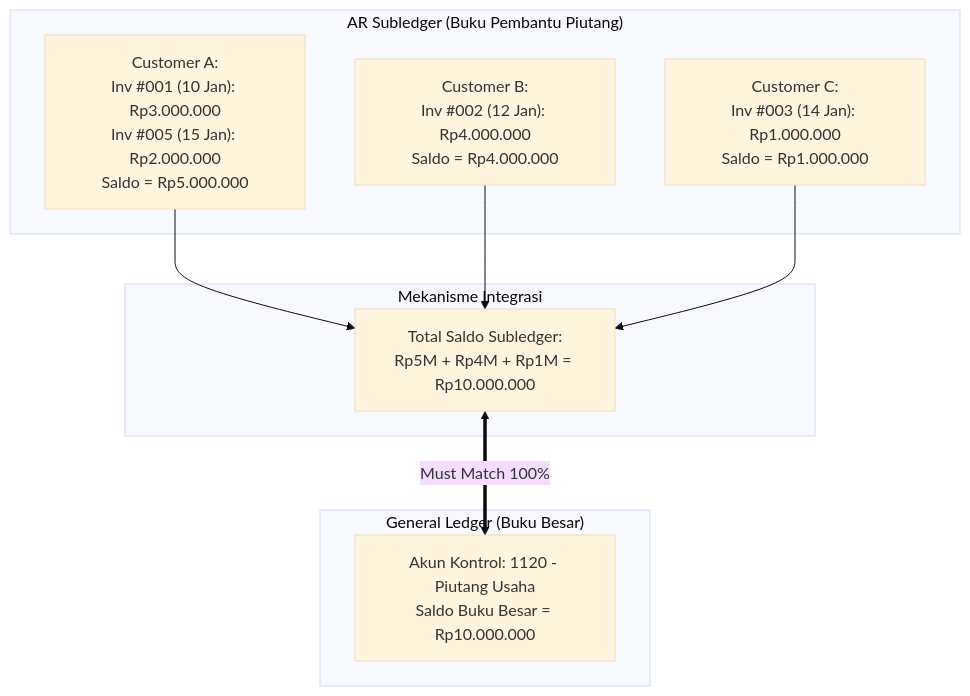
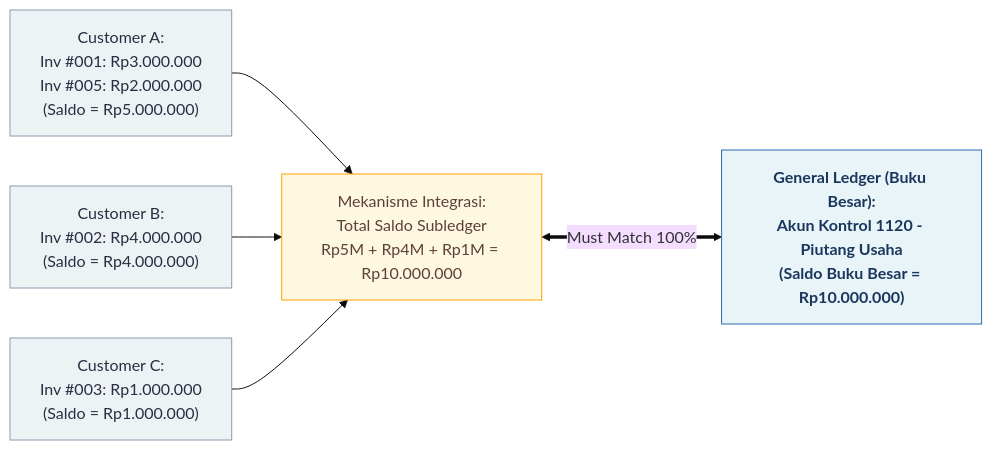
One commit to alimurrofid/erp-notes changed the diagram in content/02-accounting/general-ledger-and-subledger.md. Above: the diagram before and after it, drawn with Mermaid (base theme). The commit also changed 58 other files, not shown here.

Commit message:
fix(content):Mermaid Subgraph

````diff
--- a/content/02-accounting/general-ledger-and-subledger.md
+++ b/content/02-accounting/general-ledger-and-subledger.md
@@ -32,21 +32,23 @@
 ```mermaid
-flowchart TD
-    subgraph SubledgerDetail["AR Subledger (Buku Pembantu Piutang)"]
-        CustA["Customer A:<br/>Inv #001 (10 Jan): Rp3.000.000<br/>Inv #005 (15 Jan): Rp2.000.000<br/>Saldo = Rp5.000.000"]
-        CustB["Customer B:<br/>Inv #002 (12 Jan): Rp4.000.000<br/>Saldo = Rp4.000.000"]
-        CustC["Customer C:<br/>Inv #003 (14 Jan): Rp1.000.000<br/>Saldo = Rp1.000.000"]
-    end
+flowchart LR
+    CustA["Customer A:<br/>Inv #001: Rp3.000.000<br/>Inv #005: Rp2.000.000<br/>(Saldo = Rp5.000.000)"]
+    CustB["Customer B:<br/>Inv #002: Rp4.000.000<br/>(Saldo = Rp4.000.000)"]
+    CustC["Customer C:<br/>Inv #003: Rp1.000.000<br/>(Saldo = Rp1.000.000)"]
 
-    subgraph ControlHub["Mekanisme Integrasi"]
-        SumNode["Total Saldo Subledger:<br/>Rp5M + Rp4M + Rp1M = Rp10.000.000"]
-    end
+    SumNode["Mekanisme Integrasi:<br/>Total Saldo Subledger<br/>Rp5M + Rp4M + Rp1M = Rp10.000.000"]
 
-    subgraph GL["General Ledger (Buku Besar)"]
-        GL_AR["Akun Kontrol: 1120 - Piutang Usaha<br/>Saldo Buku Besar = Rp10.000.000"]
-    end
+    GL_AR["General Ledger (Buku Besar):<br/>Akun Kontrol 1120 - Piutang Usaha<br/>(Saldo Buku Besar = Rp10.000.000)"]
 
     CustA --> SumNode
     CustB --> SumNode
     CustC --> SumNode
     SumNode <== Must Match 100% ==> GL_AR
+
+    classDef subledger fill:#edf2f4,stroke:#8d99ae,color:#2b2d42;
+    classDef control fill:#fff8e1,stroke:#ffa000,color:#5d4037;
+    classDef gl fill:#e8f4f8,stroke:#2b6cb0,color:#1a365d,font-weight:bold;
+
+    class CustA,CustB,CustC subledger;
+    class SumNode control;
+    class GL_AR gl;
 ```
````
